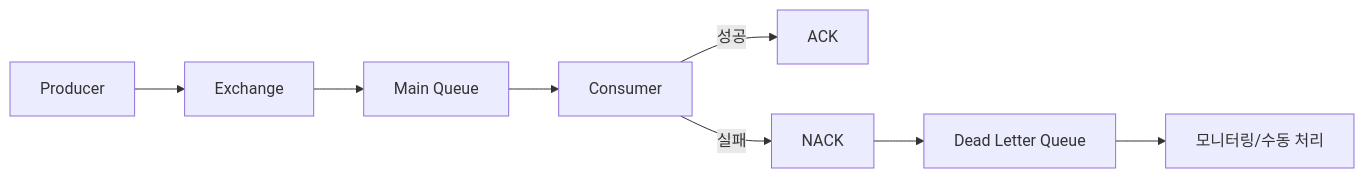
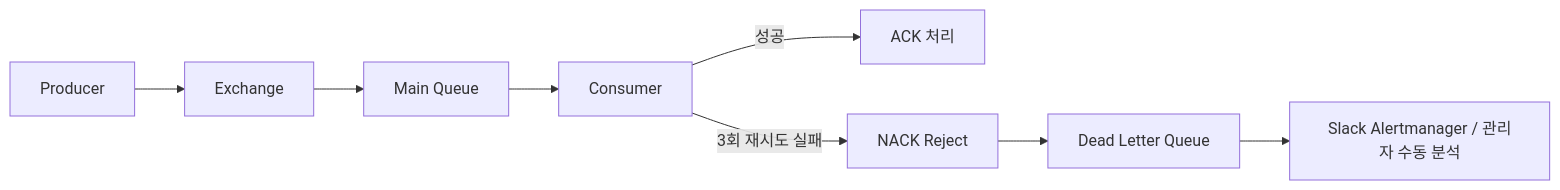
The fourth of 4 diagrams in Backend/ConcurrencyControl.md (ramyo564/L_N_Project), drawn with Mermaid before and after one commit. The commit also changed other lines of this file and 5 other files, not shown here.

````diff
--- a/Backend/ConcurrencyControl.md
+++ b/Backend/ConcurrencyControl.md
@@ -382,10 +496,10 @@
 ```mermaid
 flowchart LR
     P[Producer] --> E[Exchange]
     E --> Q[Main Queue]
     Q --> C[Consumer]
-    C -->|성공| ACK[ACK]
-    C -->|실패| NACK[NACK]
+    C -->|성공| ACK[ACK 처리]
+    C -->|3회 재시도 실패| NACK[NACK Reject]
     NACK --> DLQ[Dead Letter Queue]
-    DLQ --> M[모니터링/수동 처리]
+    DLQ --> M[Slack Alertmanager / 관리자 수동 분석]
 ```
````
